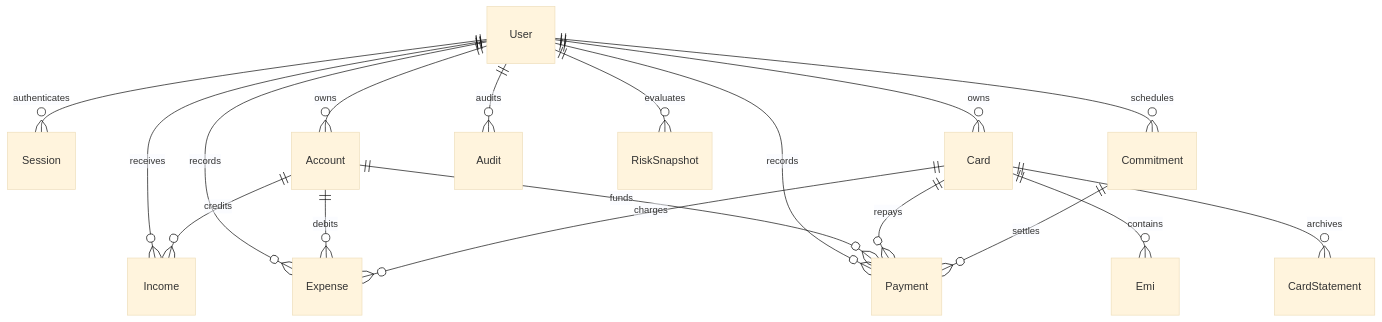
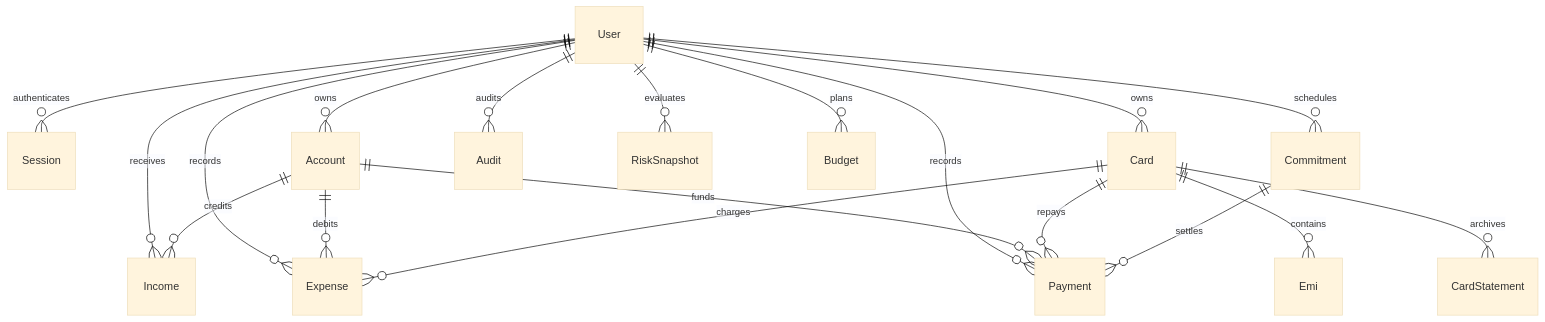
The diagram in docs/ARCHITECTURE.md (70101520/MoneyPath), drawn with Mermaid (base theme) before and after one commit. The commit also changed other lines of this file and 16 other files, not shown here.

````diff
--- a/docs/ARCHITECTURE.md
+++ b/docs/ARCHITECTURE.md
@@ -9,20 +9,21 @@
 ```mermaid
 erDiagram
   User ||--o{ Session : authenticates
   User ||--o{ Account : owns
   User ||--o{ Income : receives
   User ||--o{ Commitment : schedules
   User ||--o{ Card : owns
   User ||--o{ Expense : records
   User ||--o{ Payment : records
   User ||--o{ Audit : audits
   User ||--o{ RiskSnapshot : evaluates
+  User ||--o{ Budget : plans
   Account ||--o{ Income : credits
   Account ||--o{ Expense : debits
   Account ||--o{ Payment : funds
   Card ||--o{ Expense : charges
   Card ||--o{ Payment : repays
   Card ||--o{ Emi : contains
   Card ||--o{ CardStatement : archives
   Commitment ||--o{ Payment : settles
 ```
````
